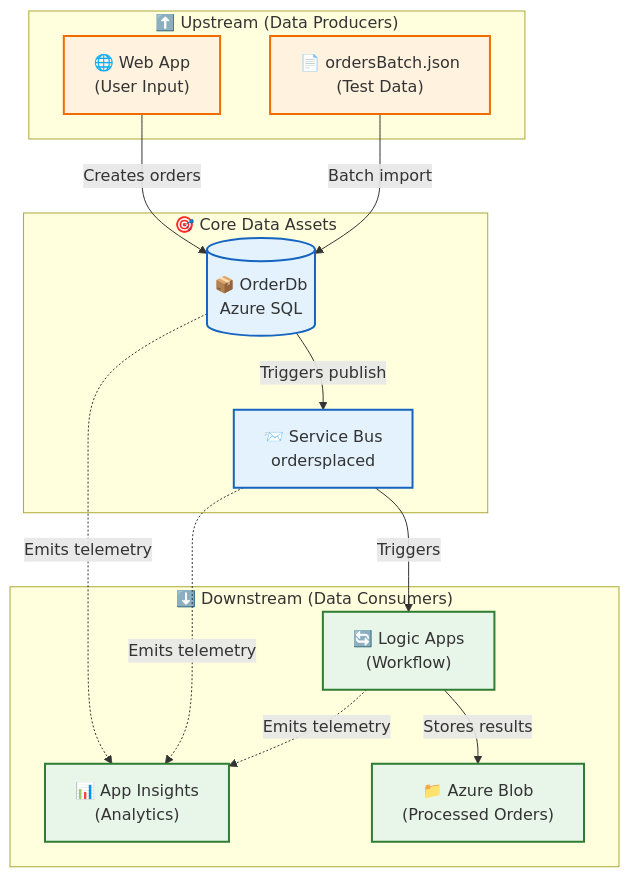
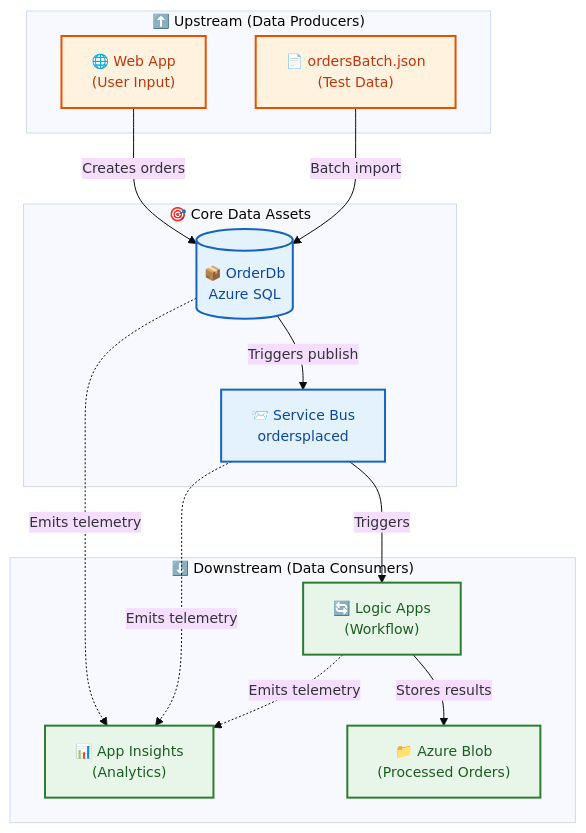
Before and after one commit to Evilazaro/Azure-LogicApps-Monitoring: the sixth of 6 diagrams in docs/architecture/02-data-architecture.md, drawn with Mermaid. The commit also changed other lines of this file, not shown here.

Commit message:
Enhance data architecture documentation with improved Mermaid diagram styles and accessibility features

````diff
--- a/docs/architecture/02-data-architecture.md
+++ b/docs/architecture/02-data-architecture.md
@@ -377,36 +391,38 @@
 ```mermaid
+%%{init: {'theme': 'base', 'themeVariables': { 'fontSize': '14px'}}}%%
 flowchart TD
     subgraph Upstream["⬆️ Upstream (Data Producers)"]
         WebApp["🌐 Web App<br/>(User Input)"]
         TestData["📄 ordersBatch.json<br/>(Test Data)"]
     end
 
     subgraph Core["🎯 Core Data Assets"]
         OrderDb[("📦 OrderDb<br/>Azure SQL")]
         EventBus["📨 Service Bus<br/>ordersplaced"]
     end
 
     subgraph Downstream["⬇️ Downstream (Data Consumers)"]
         LogicApp["🔄 Logic Apps<br/>(Workflow)"]
         AppInsights["📊 App Insights<br/>(Analytics)"]
         Blob["📁 Azure Blob<br/>(Processed Orders)"]
     end
 
     WebApp -->|"Creates orders"| OrderDb
     TestData -->|"Batch import"| OrderDb
     OrderDb -->|"Triggers publish"| EventBus
     EventBus -->|"Triggers"| LogicApp
     LogicApp -->|"Stores results"| Blob
     
     OrderDb -.->|"Emits telemetry"| AppInsights
     EventBus -.->|"Emits telemetry"| AppInsights
     LogicApp -.->|"Emits telemetry"| AppInsights
 
-    classDef upstream fill:#fff3e0,stroke:#ef6c00,stroke-width:2px
-    classDef core fill:#e3f2fd,stroke:#1565c0,stroke-width:2px
-    classDef downstream fill:#e8f5e9,stroke:#2e7d32,stroke-width:2px
+    %% Accessible color palette with clear data flow direction
+    classDef upstream fill:#fff3e0,stroke:#e65100,stroke-width:2px,color:#bf360c
+    classDef core fill:#e3f2fd,stroke:#1565c0,stroke-width:2px,color:#0d47a1
+    classDef downstream fill:#e8f5e9,stroke:#2e7d32,stroke-width:2px,color:#1b5e20
 
     class WebApp,TestData upstream
     class OrderDb,EventBus core
     class LogicApp,AppInsights,Blob downstream
 ```
````
